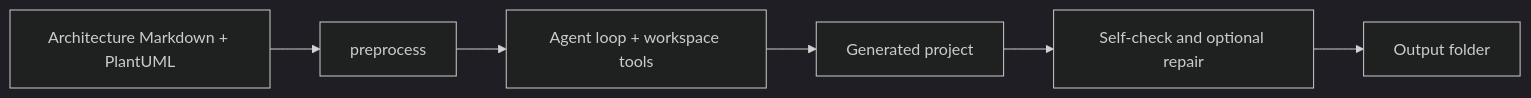
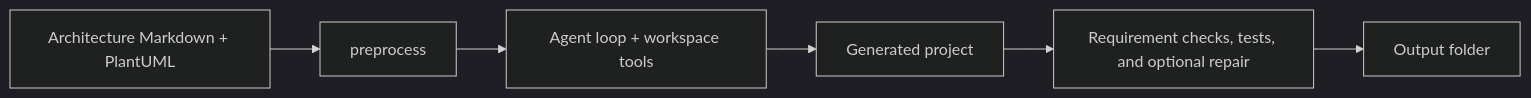
Before and after one commit to shabbarhusnain/code-agent: the diagram in README.md, drawn with Mermaid (dark theme). The commit also changed other lines of this file and 7 other files, not shown here.

````diff
--- a/README.md
+++ b/README.md
@@ -19,8 +20,8 @@
 ```mermaid
 flowchart LR
     A[Architecture Markdown + PlantUML] --> B[preprocess]
     B --> C[Agent loop + workspace tools]
     C --> D[Generated project]
-    D --> E[Self-check and optional repair]
+    D --> E[Requirement checks, tests, and optional repair]
     E --> F[Output folder]
 ```
````
